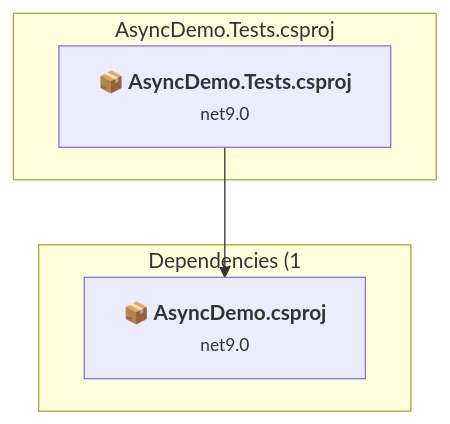
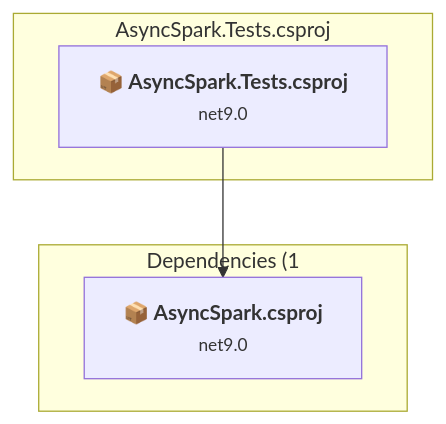
Before and after one commit to markhazleton/AsyncDemo: the third of 7 diagrams in .github/upgrades/assessment.md, drawn with Mermaid. The commit also changed other lines of this file and 230 other files, not shown here.

Commit message:
Rebrand AsyncDemo to AsyncSpark

````diff
--- a/.github/upgrades/assessment.md
+++ b/.github/upgrades/assessment.md
@@ -107,13 +107,13 @@
 ```mermaid
 flowchart TB
-    subgraph current["AsyncDemo.Tests.csproj"]
-        MAIN["<b>📦&nbsp;AsyncDemo.Tests.csproj</b><br/><small>net9.0</small>"]
-        click MAIN "#asyncdemotestsasyncdemotestscsproj"
+    subgraph current["AsyncSpark.Tests.csproj"]
+        MAIN["<b>📦&nbsp;AsyncSpark.Tests.csproj</b><br/><small>net9.0</small>"]
+        click MAIN "#AsyncSparktestsAsyncSparktestscsproj"
     end
     subgraph downstream["Dependencies (1"]
-        P1["<b>📦&nbsp;AsyncDemo.csproj</b><br/><small>net9.0</small>"]
-        click P1 "#asyncdemoasyncdemocsproj"
+        P1["<b>📦&nbsp;AsyncSpark.csproj</b><br/><small>net9.0</small>"]
+        click P1 "#AsyncSparkAsyncSparkcsproj"
     end
     MAIN --> P1
 
 ```
````
